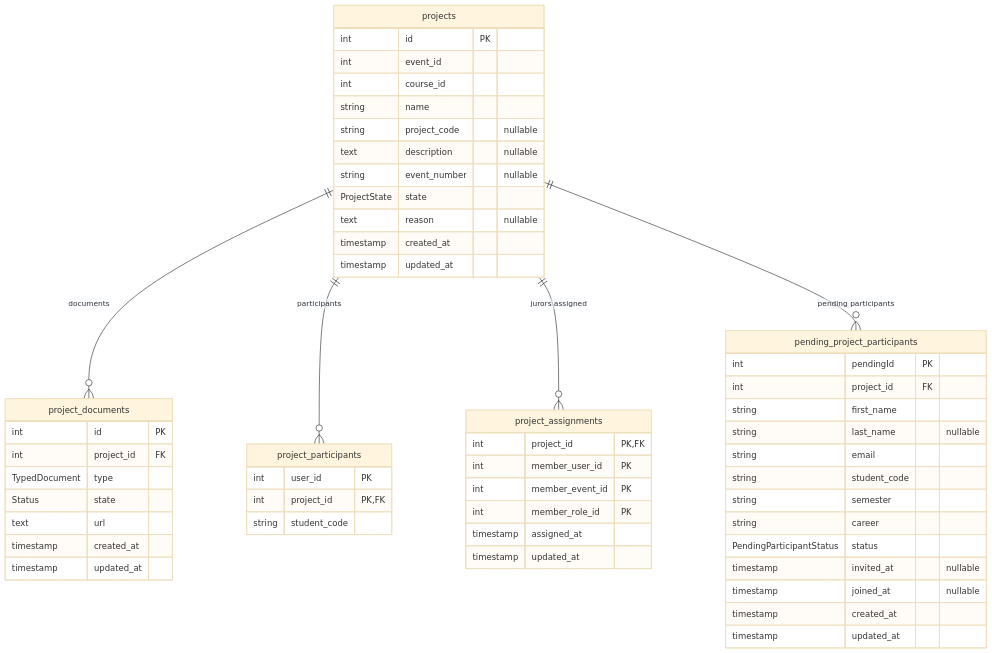
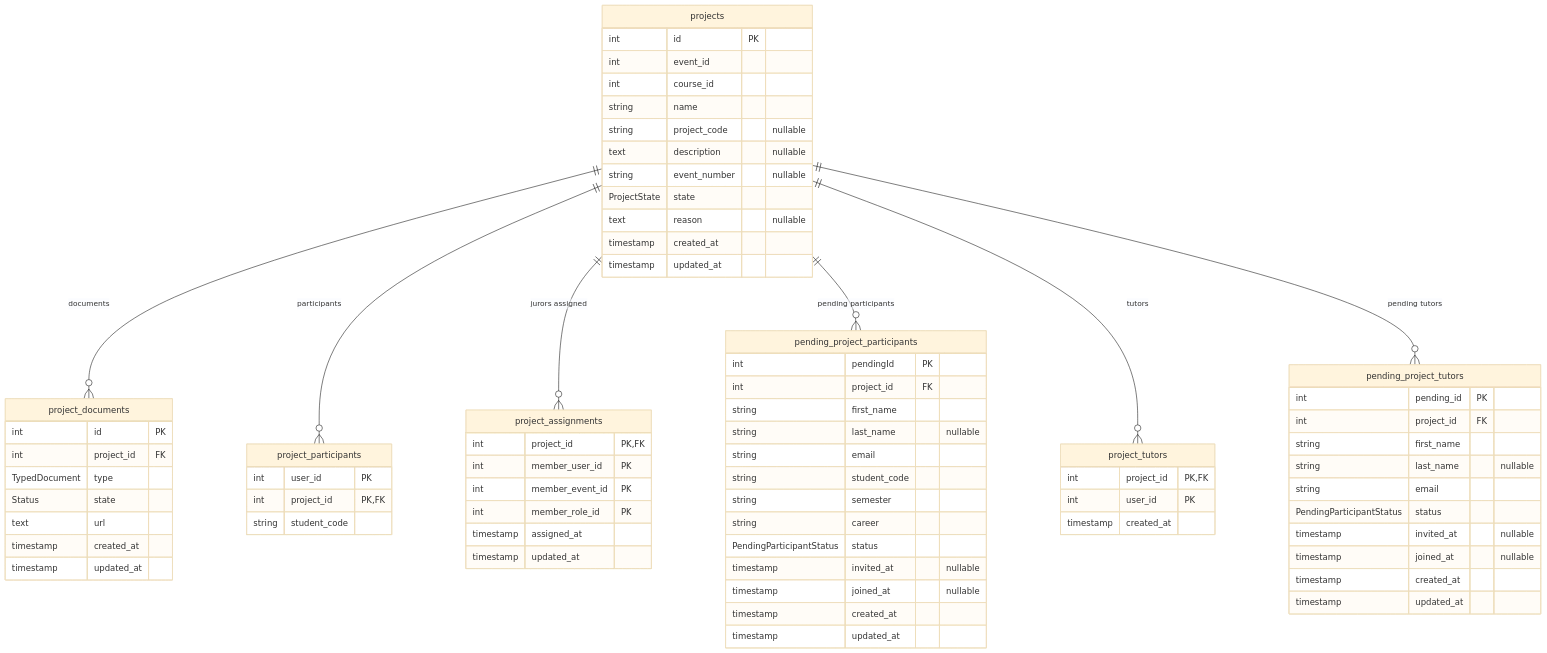
One commit to PCPI-UN/Iris changed the diagram in docs/project-service/schema.md. Above: the diagram before and after it, drawn with Mermaid (base theme). The commit also changed other lines of this file and 12 other files, not shown here.

````diff
--- a/docs/project-service/schema.md
+++ b/docs/project-service/schema.md
@@ -63,8 +63,29 @@
         timestamp updated_at
     }
 
+    project_tutors {
+        int project_id PK, FK
+        int user_id PK
+        timestamp created_at
+    }
+
+    pending_project_tutors {
+        int pending_id PK
+        int project_id FK
+        string first_name
+        string last_name "nullable"
+        string email
+        PendingParticipantStatus status
+        timestamp invited_at "nullable"
+        timestamp joined_at "nullable"
+        timestamp created_at
+        timestamp updated_at
+    }
+
     projects ||--o{ project_documents : "documents"
     projects ||--o{ project_participants : "participants"
     projects ||--o{ project_assignments : "jurors assigned"
     projects ||--o{ pending_project_participants : "pending participants"
+    projects ||--o{ project_tutors : "tutors"
+    projects ||--o{ pending_project_tutors : "pending tutors"
 ```
````
